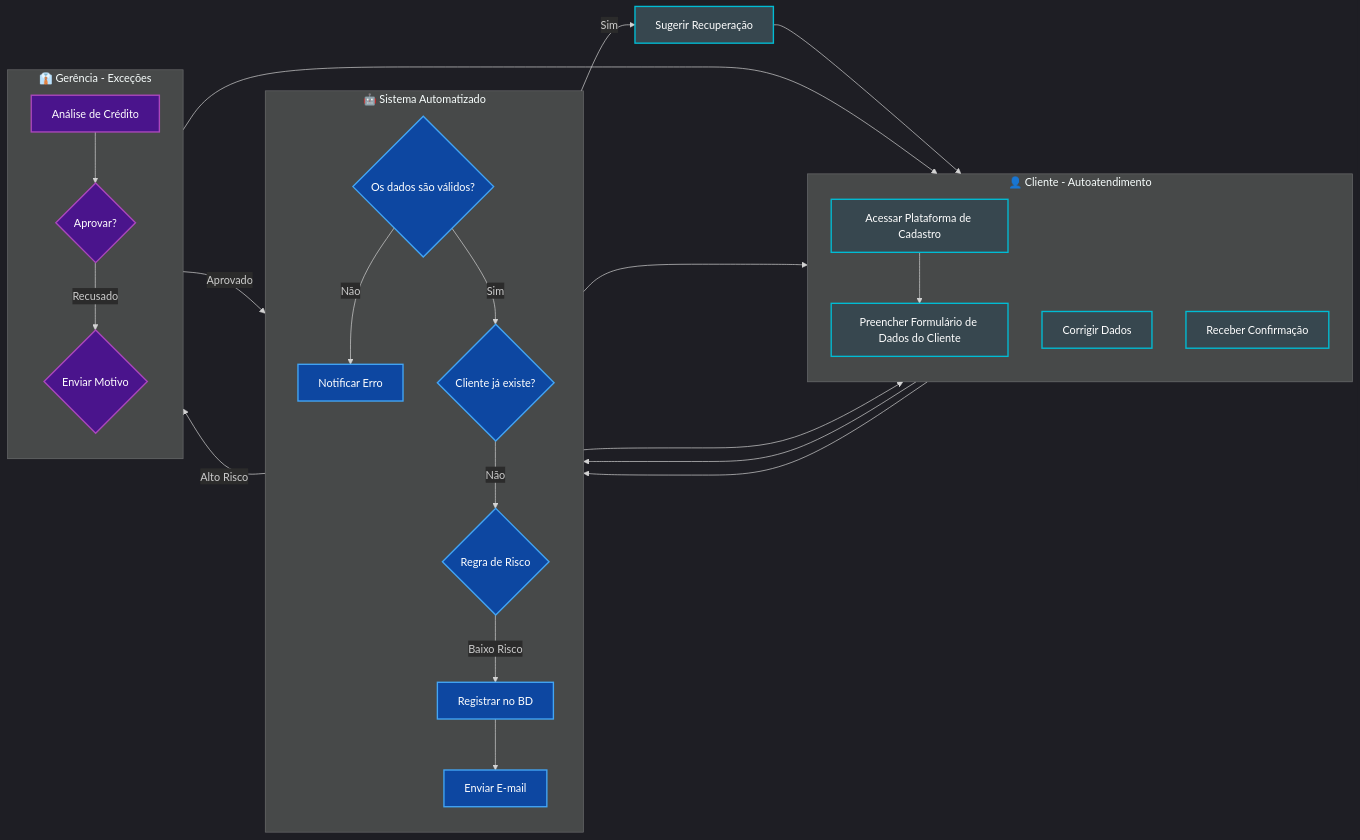
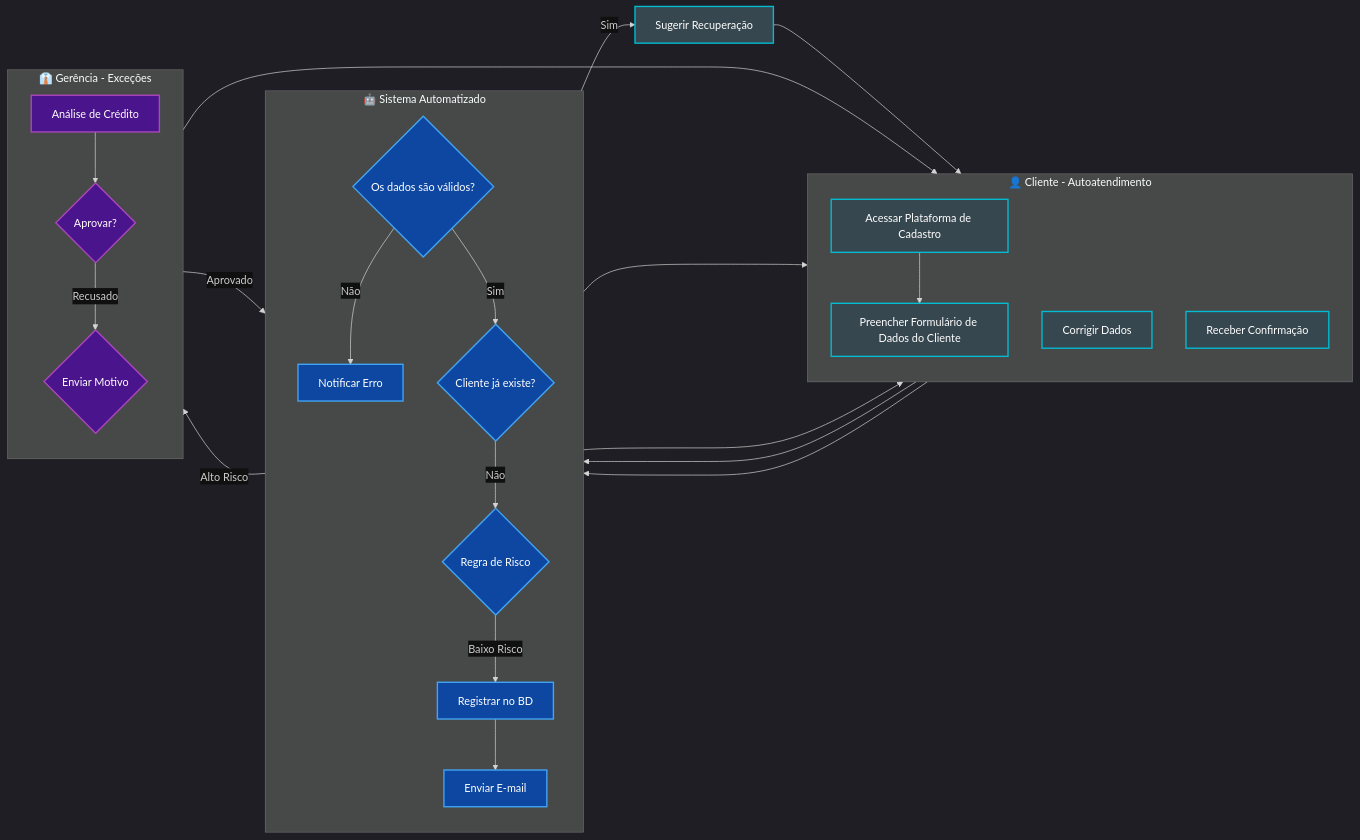
Before and after one commit to PhelHilha/EEL873---Engenharia-de-Software: the diagram in BPMN/Cadastro - Livraria Resolve.mmd, drawn with Mermaid.

Commit message:
Update Cadastro - Livraria Resolve.mmd

```diff
--- a/BPMN/Cadastro - Livraria Resolve.mmd
+++ b/BPMN/Cadastro - Livraria Resolve.mmd
@@ -1,70 +1,70 @@
-%%{init: {'theme': 'dark', 'themeVariables': { 'primaryColor': '#2b2b2b', 'edgeLabelBackground':'#2b2b2b', 'tertiaryColor': '#1f1f1f'}}}%%
+%%{init: {'theme': 'dark', 'themeVariables': { 'primaryColor': '#101010', 'edgeLabelBackground':'#101010', 'tertiaryColor': '#101010'}}}%%
 graph LR
     %% Definição das Raias (Swimlanes) com títulos claros
     subgraph Cliente_Lane [👤 Cliente - Autoatendimento]
         direction TB
         A[Acessar Plataforma de Cadastro]
         B[Preencher Formulário de Dados do Cliente]
         C[Corrigir Dados]
         D[Receber Confirmação]
     end
 
     subgraph Sistema_Lane [🤖 Sistema Automatizado]
         direction TB
         E{Os dados são válidos?}
         F{Cliente já existe?}
         G{Regra de Risco}
         H[Registrar no BD]
         I[Enviar E-mail]
         J[Notificar Erro]
     end
 
     subgraph Gerencia_Lane [👔 Gerência - Exceções]
         direction TB
         K[Análise de Crédito]
         L{Aprovar?}
         M{Enviar Motivo}
     end
 
     %% Conexões
     A --> B
     B --> E
     
     %% Validações
     E -- Não --> J
     J --> C
     C --> E
     
     E -- Sim --> F
     F -- Sim --> J2[Sugerir Recuperação]
     J2 --> A
     
     F -- Não --> G
     
     %% Decisão Automática
     G -- Baixo Risco --> H
     G -- Alto Risco --> K
     
     %% Decisão Humana
     K --> L
     L -- Recusado --> M
     M --> C
     L -- Aprovado --> H
     
     %% Finalização
     H --> I
     I --> D
     
     %% Cliente: Cinza Escuro com borda Ciano
     classDef actor fill:#37474f,stroke:#00bcd4,stroke-width:2px,color:#fff;
     
     %% Sistema: Azul Noturno com borda Azul Claro
     classDef system fill:#0d47a1,stroke:#42a5f5,stroke-width:2px,color:#fff;
     
     %% Gerência: Roxo Escuro com borda Lilás
     classDef manager fill:#4a148c,stroke:#ab47bc,stroke-width:2px,color:#fff;
     
     %% Aplicação das classes
     class A,B,C,D,J2 actor;
     class E,F,G,H,I,J system;
     class K,L,M manager;
```
